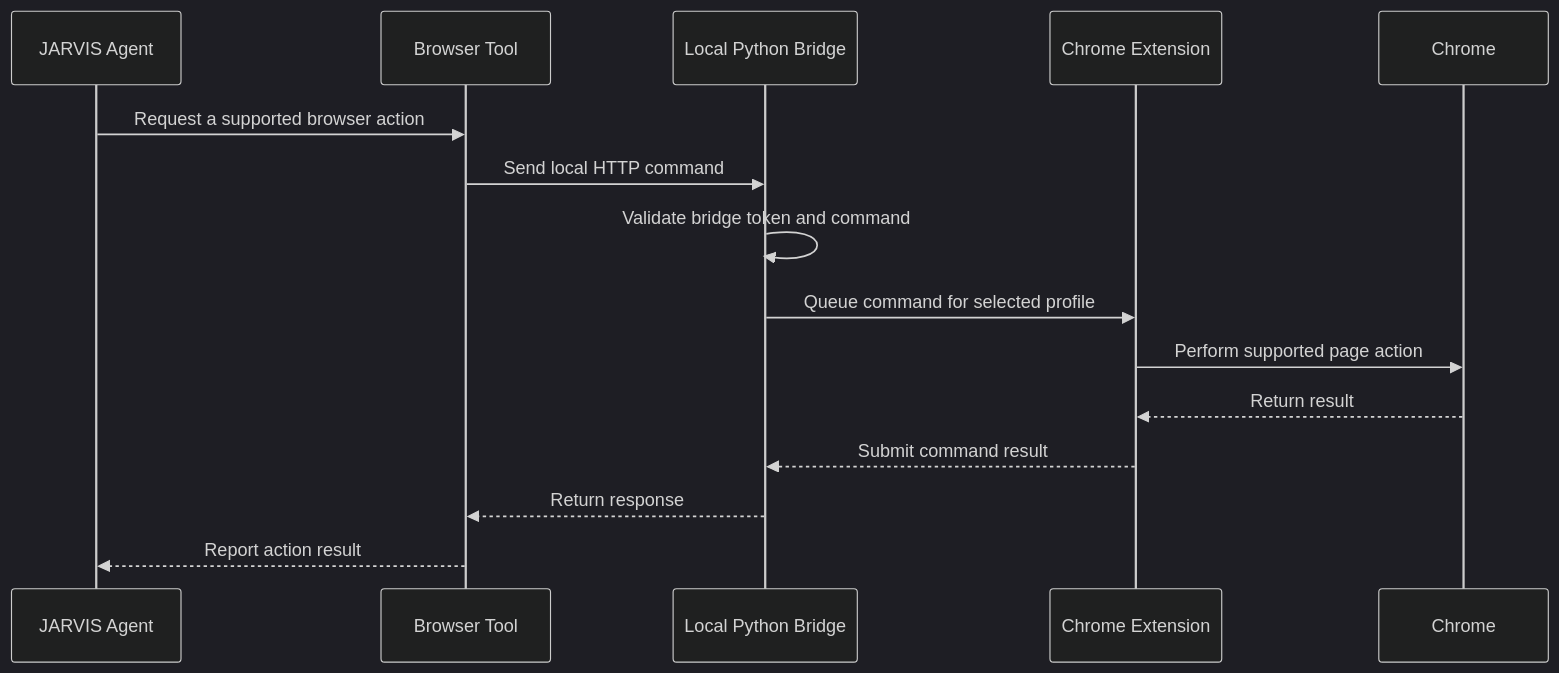
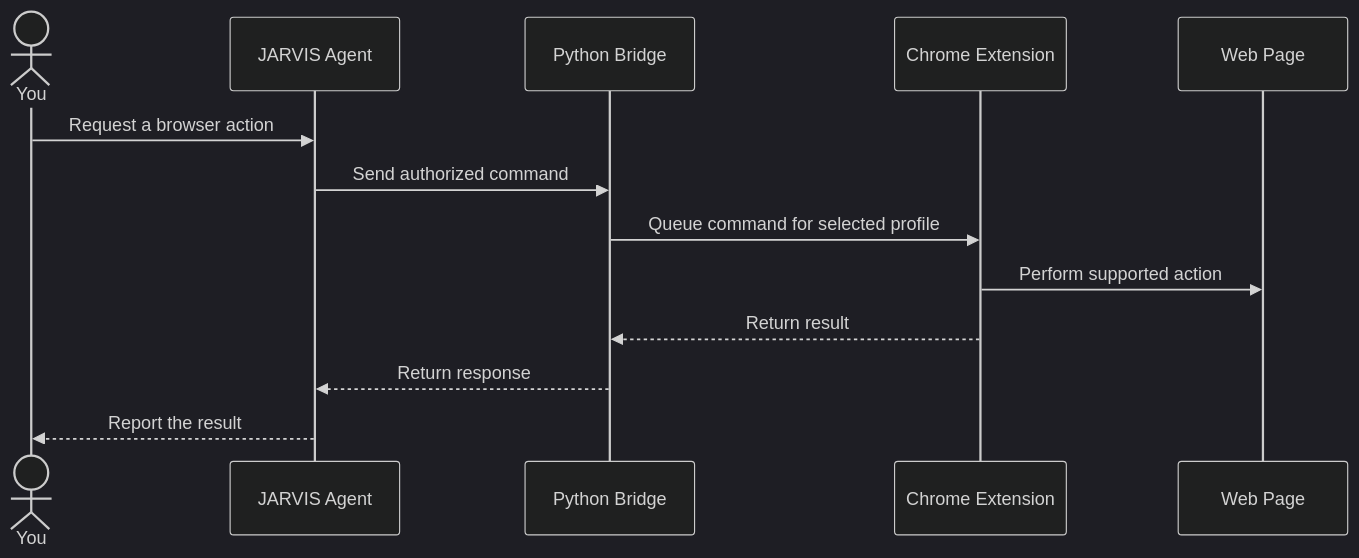
Before and after one commit to armaankhantech/JARVIS-Personal-AI-Assistant: the second of 2 diagrams in README.md, drawn with Mermaid (dark theme). The commit also changed other lines of this file, not shown here.

````diff
--- a/README.md
+++ b/README.md
@@ -359,18 +237,16 @@
 ```mermaid
 sequenceDiagram
+    actor You
     participant A as JARVIS Agent
-    participant T as Browser Tool
-    participant B as Local Python Bridge
+    participant P as Python Bridge
     participant E as Chrome Extension
-    participant C as Chrome
+    participant W as Web Page
 
-    A->>T: Request a supported browser action
-    T->>B: Send local HTTP command
-    B->>B: Validate bridge token and command
-    B->>E: Queue command for selected profile
-    E->>C: Perform supported page action
-    C-->>E: Return result
-    E-->>B: Submit command result
-    B-->>T: Return response
-    T-->>A: Report action result
+    You->>A: Request a browser action
+    A->>P: Send authorized command
+    P->>E: Queue command for selected profile
+    E->>W: Perform supported action
+    E-->>P: Return result
+    P-->>A: Return response
+    A-->>You: Report the result
 ```
````
